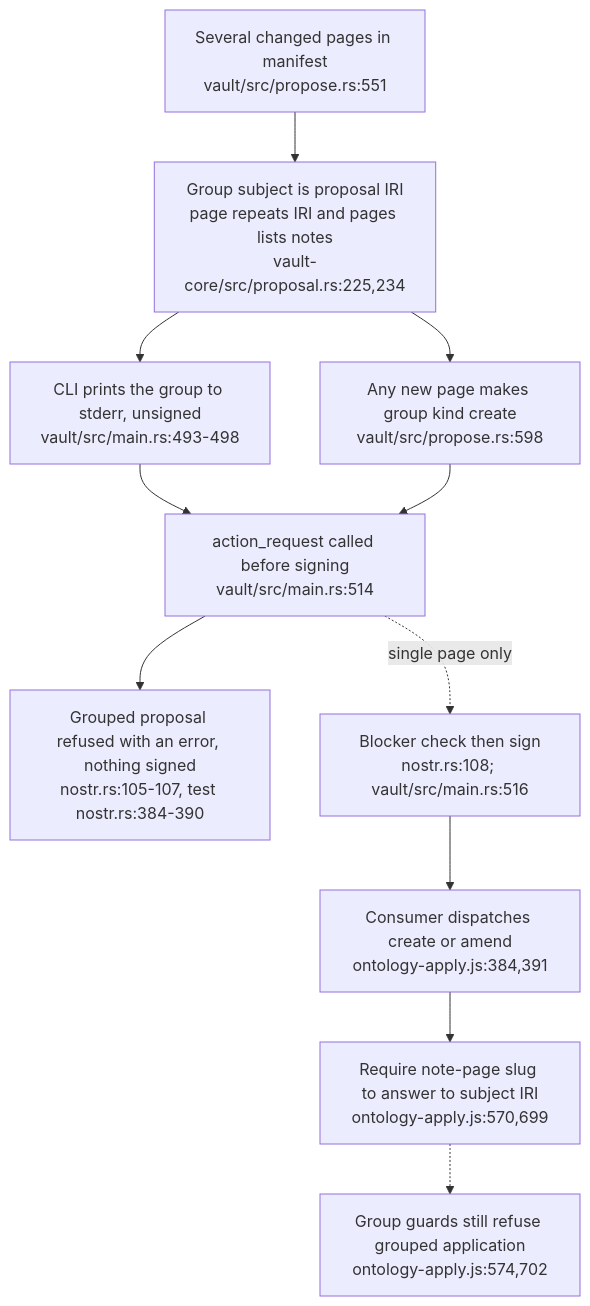
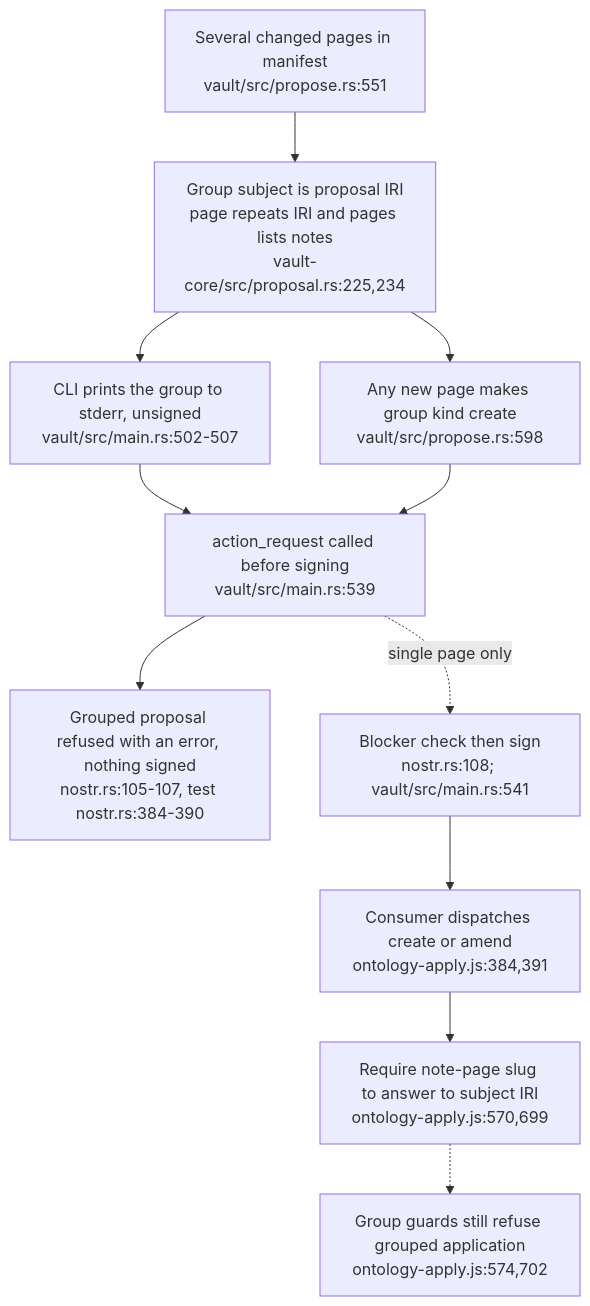
Before and after one commit to DreamLab-AI/VisionFlow: the third of 4 diagrams in docs/diagrams/visionclaw/41-proposal-construction-and-consumer-scope.md, drawn with Mermaid. The commit also changed other lines of this file and 154 other files, not shown here.

First line of the commit message:
docs(diagrams): re-stamp 154 topics whose every citation still reads the same text at the current heads

````diff
--- a/docs/diagrams/visionclaw/41-proposal-construction-and-consumer-scope.md
+++ b/docs/diagrams/visionclaw/41-proposal-construction-and-consumer-scope.md
@@ -73,13 +73,13 @@
 ```mermaid
 flowchart TD
     M["Several changed pages in manifest<br/>vault/src/propose.rs:551"] --> G["Group subject is proposal IRI<br/>page repeats IRI and pages lists notes<br/>vault-core/src/proposal.rs:225,234"]
     G --> K["Any new page makes group kind create<br/>vault/src/propose.rs:598"]
-    G --> NOTE["CLI prints the group to stderr, unsigned<br/>vault/src/main.rs:493-498"]
-    NOTE --> AR["action_request called before signing<br/>vault/src/main.rs:514"]
+    G --> NOTE["CLI prints the group to stderr, unsigned<br/>vault/src/main.rs:502-507"]
+    NOTE --> AR["action_request called before signing<br/>vault/src/main.rs:539"]
     K --> AR
     AR --> REF["Grouped proposal refused with an error, nothing signed<br/>nostr.rs:105-107, test nostr.rs:384-390"]
-    AR -.->|single page only| S["Blocker check then sign<br/>nostr.rs:108; vault/src/main.rs:516"]
+    AR -.->|single page only| S["Blocker check then sign<br/>nostr.rs:108; vault/src/main.rs:541"]
     S --> A["Consumer dispatches create or amend<br/>ontology-apply.js:384,391"]
     A --> F["Require note-page slug to answer to subject IRI<br/>ontology-apply.js:570,699"]
     F -.-> N["Group guards still refuse grouped application<br/>ontology-apply.js:574,702"]
 ```
````
